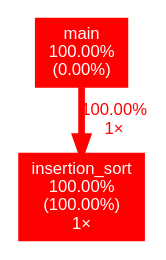
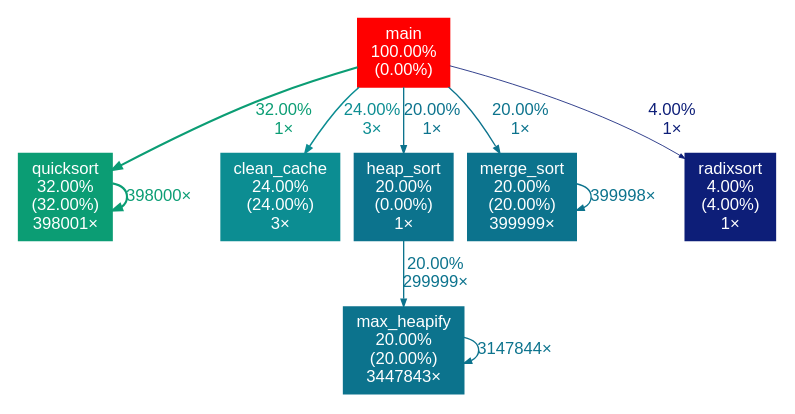
One commit to FelipeMoleiro/MateriaCodigoOtimizado changed the diagram in Atividade2/saida_gprof.dot. Above: the diagram before and after it, drawn with Graphviz. The commit also changed 6 other files, not shown here.

```diff
--- a/Atividade2/saida_gprof.dot
+++ b/Atividade2/saida_gprof.dot
@@ -1,8 +1,21 @@
 digraph {
 	graph [fontname=Arial, nodesep=0.125, ranksep=0.25];
 	node [fontcolor=white, fontname=Arial, height=0, shape=box, style=filled, width=0];
 	edge [fontname=Arial];
-	1 [color="#ff0000", fontcolor="#ffffff", fontsize="10.00", label="insertion_sort\n100.00%\n(100.00%)\n1×"];
-	2 [color="#ff0000", fontcolor="#ffffff", fontsize="10.00", label="main\n100.00%\n(0.00%)"];
-	2 -> 1 [arrowsize="1.00", color="#ff0000", fontcolor="#ff0000", fontsize="10.00", label="100.00%\n1×", labeldistance="4.00", penwidth="4.00"];
+	1 [color="#ff0000", fontcolor="#ffffff", fontsize="10.00", label="main\n100.00%\n(0.00%)"];
+	1 -> 2 [arrowsize="0.57", color="#0b9d74", fontcolor="#0b9d74", fontsize="10.00", label="32.00%\n1×", labeldistance="1.28", penwidth="1.28"];
+	1 -> 3 [arrowsize="0.49", color="#0c8d92", fontcolor="#0c8d92", fontsize="10.00", label="24.00%\n3×", labeldistance="0.96", penwidth="0.96"];
+	1 -> 5 [arrowsize="0.45", color="#0c738d", fontcolor="#0c738d", fontsize="10.00", label="20.00%\n1×", labeldistance="0.80", penwidth="0.80"];
+	1 -> 6 [arrowsize="0.45", color="#0c738d", fontcolor="#0c738d", fontsize="10.00", label="20.00%\n1×", labeldistance="0.80", penwidth="0.80"];
+	1 -> 7 [arrowsize="0.35", color="#0d1e78", fontcolor="#0d1e78", fontsize="10.00", label="4.00%\n1×", labeldistance="0.50", penwidth="0.50"];
+	2 [color="#0b9d74", fontcolor="#ffffff", fontsize="10.00", label="quicksort\n32.00%\n(32.00%)\n398001×"];
+	2 -> 2 [arrowsize="0.57", color="#0b9d74", fontcolor="#0b9d74", fontsize="10.00", label="398000×", labeldistance="1.28", penwidth="1.28"];
+	3 [color="#0c8d92", fontcolor="#ffffff", fontsize="10.00", label="clean_cache\n24.00%\n(24.00%)\n3×"];
+	4 [color="#0c738d", fontcolor="#ffffff", fontsize="10.00", label="max_heapify\n20.00%\n(20.00%)\n3447843×"];
+	4 -> 4 [arrowsize="0.45", color="#0c738d", fontcolor="#0c738d", fontsize="10.00", label="3147844×", labeldistance="0.80", penwidth="0.80"];
+	5 [color="#0c738d", fontcolor="#ffffff", fontsize="10.00", label="heap_sort\n20.00%\n(0.00%)\n1×"];
+	5 -> 4 [arrowsize="0.45", color="#0c738d", fontcolor="#0c738d", fontsize="10.00", label="20.00%\n299999×", labeldistance="0.80", penwidth="0.80"];
+	6 [color="#0c738d", fontcolor="#ffffff", fontsize="10.00", label="merge_sort\n20.00%\n(20.00%)\n399999×"];
+	6 -> 6 [arrowsize="0.45", color="#0c738d", fontcolor="#0c738d", fontsize="10.00", label="399998×", labeldistance="0.80", penwidth="0.80"];
+	7 [color="#0d1e78", fontcolor="#ffffff", fontsize="10.00", label="radixsort\n4.00%\n(4.00%)\n1×"];
 }
```
